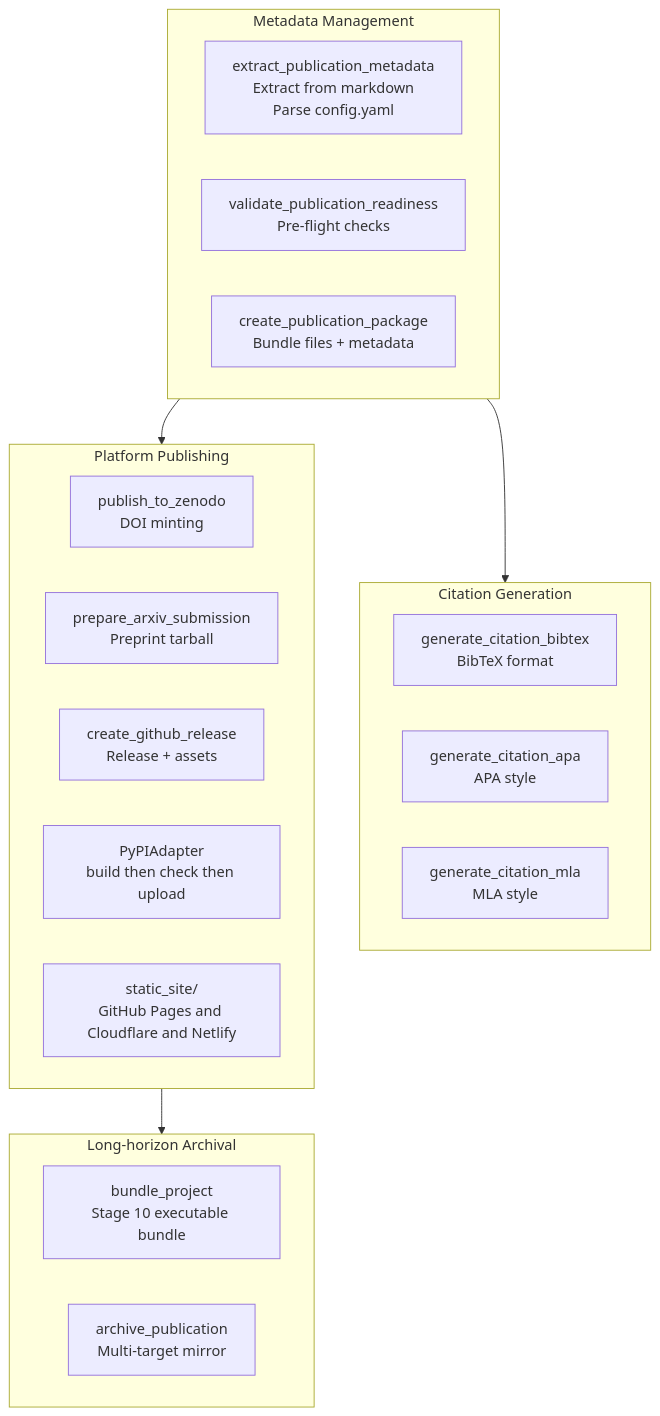
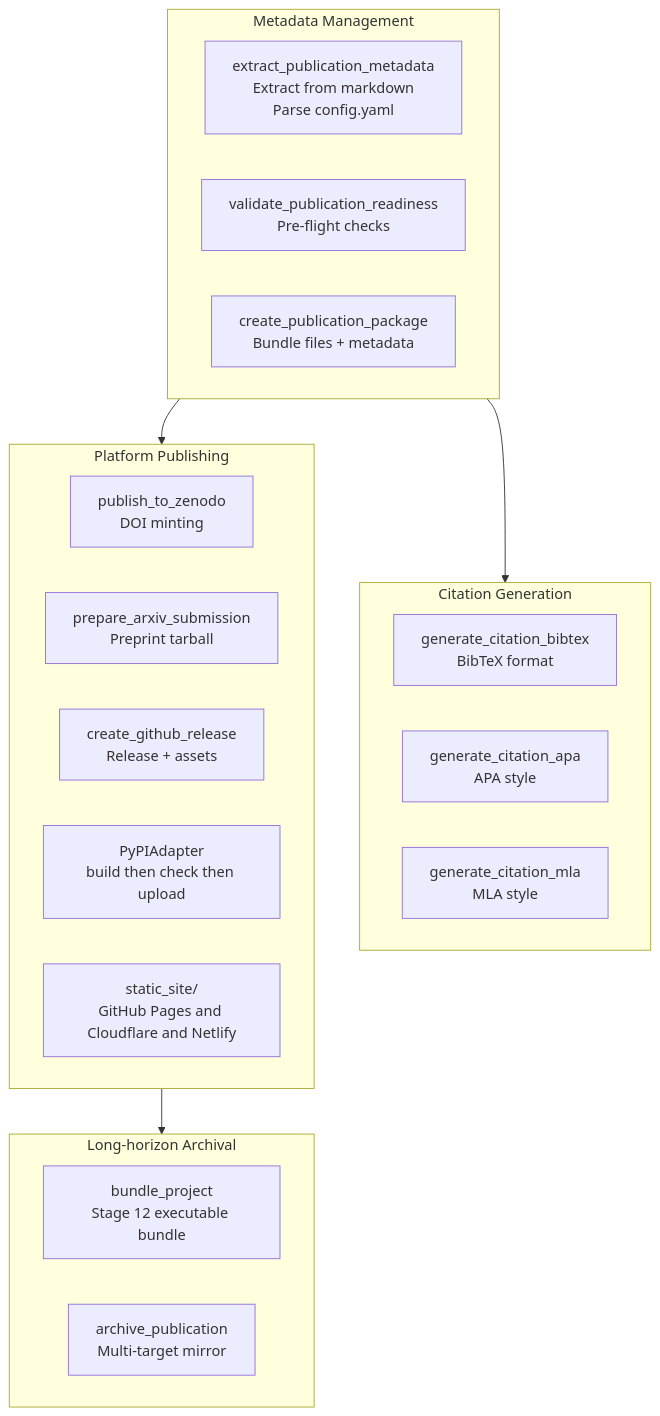
The diagram in infrastructure/publishing/README.md (docxology/template), drawn with Mermaid before and after one commit. The commit also changed other lines of this file and 129 other files, not shown here.

````diff
--- a/infrastructure/publishing/README.md
+++ b/infrastructure/publishing/README.md
@@ -67,31 +67,31 @@
 ```mermaid
 graph TD
     subgraph Metadata["Metadata Management"]
         EXTRACT[extract_publication_metadata<br/>Extract from markdown<br/>Parse config.yaml]
         READINESS[validate_publication_readiness<br/>Pre-flight checks]
         PACKAGE[create_publication_package<br/>Bundle files + metadata]
     end
 
     subgraph Citations["Citation Generation"]
         BIBTEX[generate_citation_bibtex<br/>BibTeX format]
         APA[generate_citation_apa<br/>APA style]
         MLA[generate_citation_mla<br/>MLA style]
     end
 
     subgraph Platforms["Platform Publishing"]
         ZENODO[publish_to_zenodo<br/>DOI minting]
         ARXIV[prepare_arxiv_submission<br/>Preprint tarball]
         GITHUB[create_github_release<br/>Release + assets]
         PYPI[PyPIAdapter<br/>build then check then upload]
         STATIC[static_site/<br/>GitHub Pages and Cloudflare and Netlify]
     end
 
     subgraph Archival["Long-horizon Archival"]
-        BUNDLE[bundle_project<br/>Stage 10 executable bundle]
+        BUNDLE[bundle_project<br/>Stage 12 executable bundle]
         ARCHIVE[archive_publication<br/>Multi-target mirror]
     end
 
     Metadata --> Citations
     Metadata --> Platforms
     Platforms --> Archival
 ```
````
